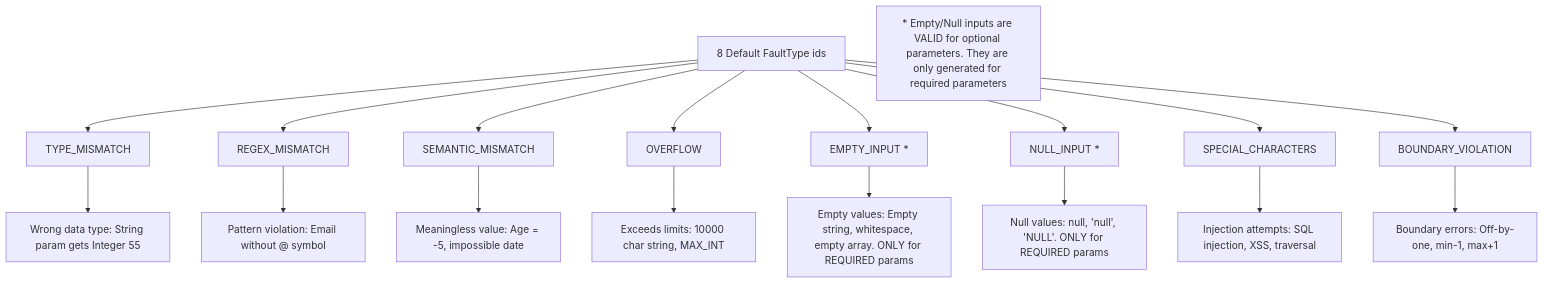
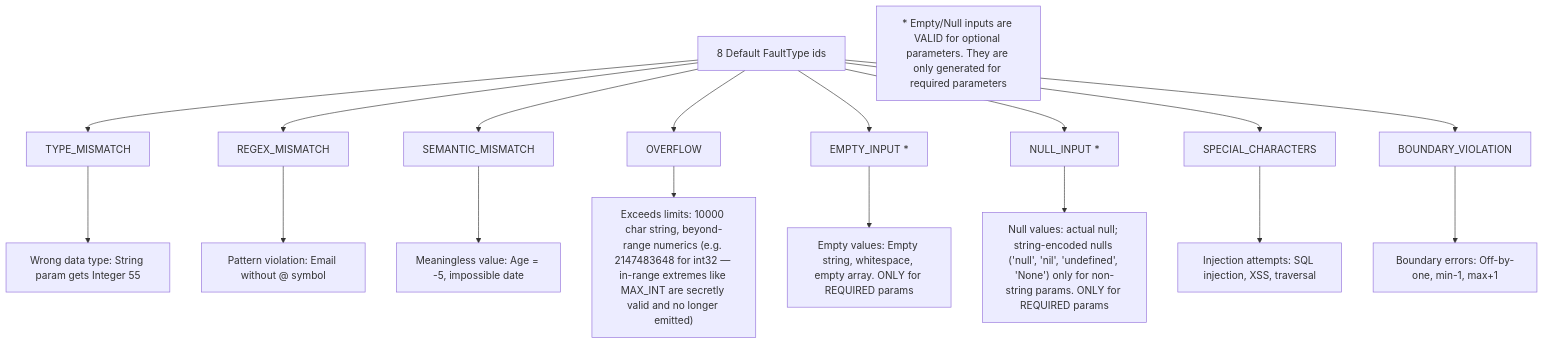
Before and after one commit to miaoti/Rest: diagram 15 of 30 in mist-cli/src/main/resources/My-Example/trainticket/flow.md, drawn with Mermaid. The commit also changed other lines of this file and 15 other files, not shown here.

````diff
--- a/mist-cli/src/main/resources/My-Example/trainticket/flow.md
+++ b/mist-cli/src/main/resources/My-Example/trainticket/flow.md
@@ -768,22 +777,22 @@
 ```mermaid
 flowchart TD
     A[8 Default FaultType ids] --> B1[TYPE_MISMATCH]
     A --> B2[REGEX_MISMATCH]
     A --> B3[SEMANTIC_MISMATCH]
     A --> B4[OVERFLOW]
     A --> B5[EMPTY_INPUT *]
     A --> B6[NULL_INPUT *]
     A --> B7[SPECIAL_CHARACTERS]
     A --> B8[BOUNDARY_VIOLATION]
     
     B1 --> C1["Wrong data type: String param gets Integer 55"]
     B2 --> C2["Pattern violation: Email without @ symbol"]
     B3 --> C3["Meaningless value: Age = -5, impossible date"]
-    B4 --> C4["Exceeds limits: 10000 char string, MAX_INT"]
+    B4 --> C4["Exceeds limits: 10000 char string, beyond-range numerics (e.g. 2147483648 for int32 — in-range extremes like MAX_INT are secretly valid and no longer emitted)"]
     B5 --> C5["Empty values: Empty string, whitespace, empty array. ONLY for REQUIRED params"]
-    B6 --> C6["Null values: null, 'null', 'NULL'. ONLY for REQUIRED params"]
+    B6 --> C6["Null values: actual null; string-encoded nulls ('null', 'nil', 'undefined', 'None') only for non-string params. ONLY for REQUIRED params"]
     B7 --> C7["Injection attempts: SQL injection, XSS, traversal"]
     B8 --> C8["Boundary errors: Off-by-one, min-1, max+1"]
     
     Note1["* Empty/Null inputs are VALID for optional parameters. They are only generated for required parameters"]
 ```
````
